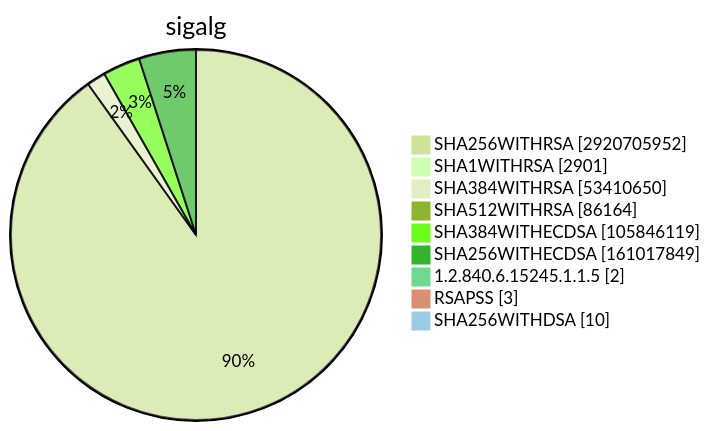
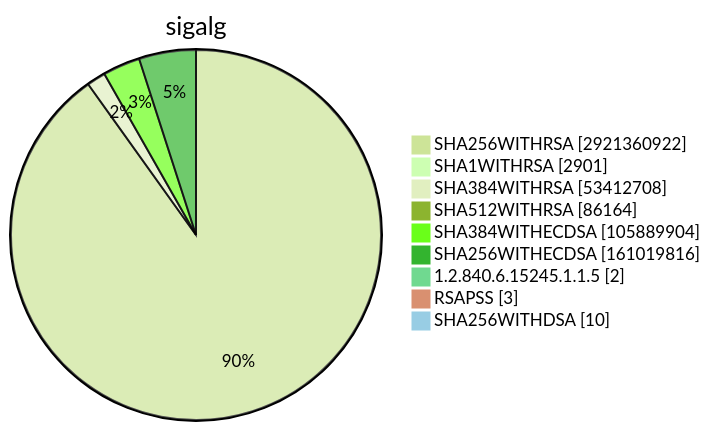
Diagram 15 of 15 in TOTAL/README.md (christiankrug/ctmonitor_visualization), drawn with Mermaid (forest theme) before and after one commit. The commit also changed other lines of this file, not shown here.

````diff
--- a/TOTAL/README.md
+++ b/TOTAL/README.md
@@ -6207,13 +6207,13 @@
 ```mermaid
 pie showData
 title sigalg
-"SHA256WITHRSA" :2920705952
+"SHA256WITHRSA" :2921360922
 "SHA1WITHRSA" :2901
-"SHA384WITHRSA" :53410650
+"SHA384WITHRSA" :53412708
 "SHA512WITHRSA" :86164
-"SHA384WITHECDSA" :105846119
-"SHA256WITHECDSA" :161017849
+"SHA384WITHECDSA" :105889904
+"SHA256WITHECDSA" :161019816
 "1.2.840.6.15245.1.1.5" :2
 "RSAPSS" :3
 "SHA256WITHDSA" :10
 ```
````
